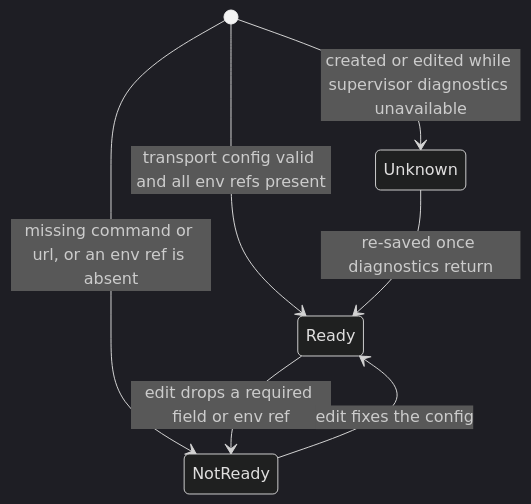
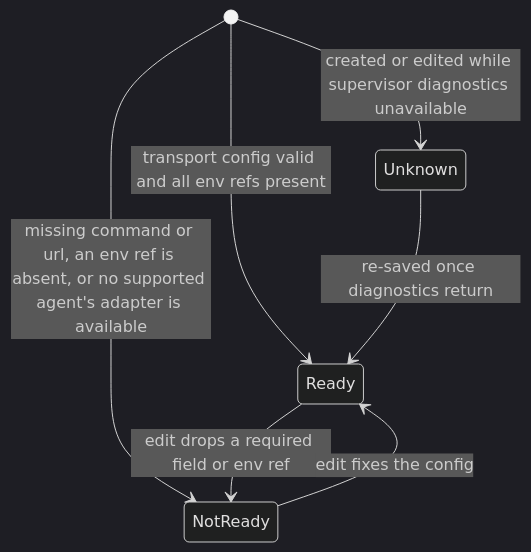
Before and after one commit to maister-dev/maister: the diagram in docs/screens/mcps.md, drawn with Mermaid (dark theme). The commit also changed 3 other files, not shown here.

First line of the commit message:
feat(mcp): gate readiness on supported-agent adapter availability

````diff
--- a/docs/screens/mcps.md
+++ b/docs/screens/mcps.md
@@ -53,9 +53,9 @@
 ```mermaid
 stateDiagram-v2
     [*] --> Unknown: created or edited while supervisor diagnostics unavailable
     [*] --> Ready: transport config valid and all env refs present
-    [*] --> NotReady: missing command or url, or an env ref is absent
+    [*] --> NotReady: missing command or url, an env ref is absent, or no supported agent's adapter is available
     Ready --> NotReady: edit drops a required field or env ref
     NotReady --> Ready: edit fixes the config
     Unknown --> Ready: re-saved once diagnostics return
 ```
````
